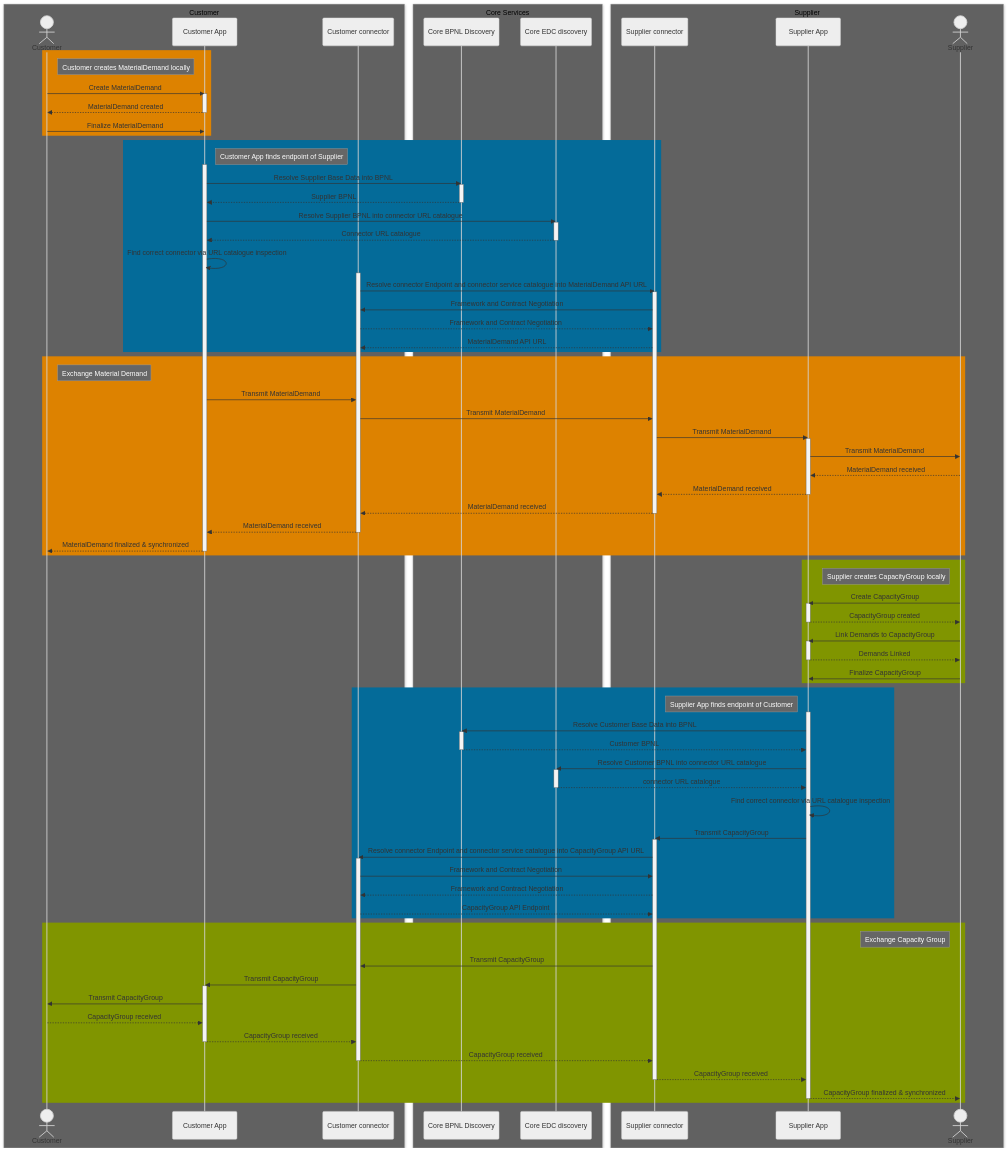
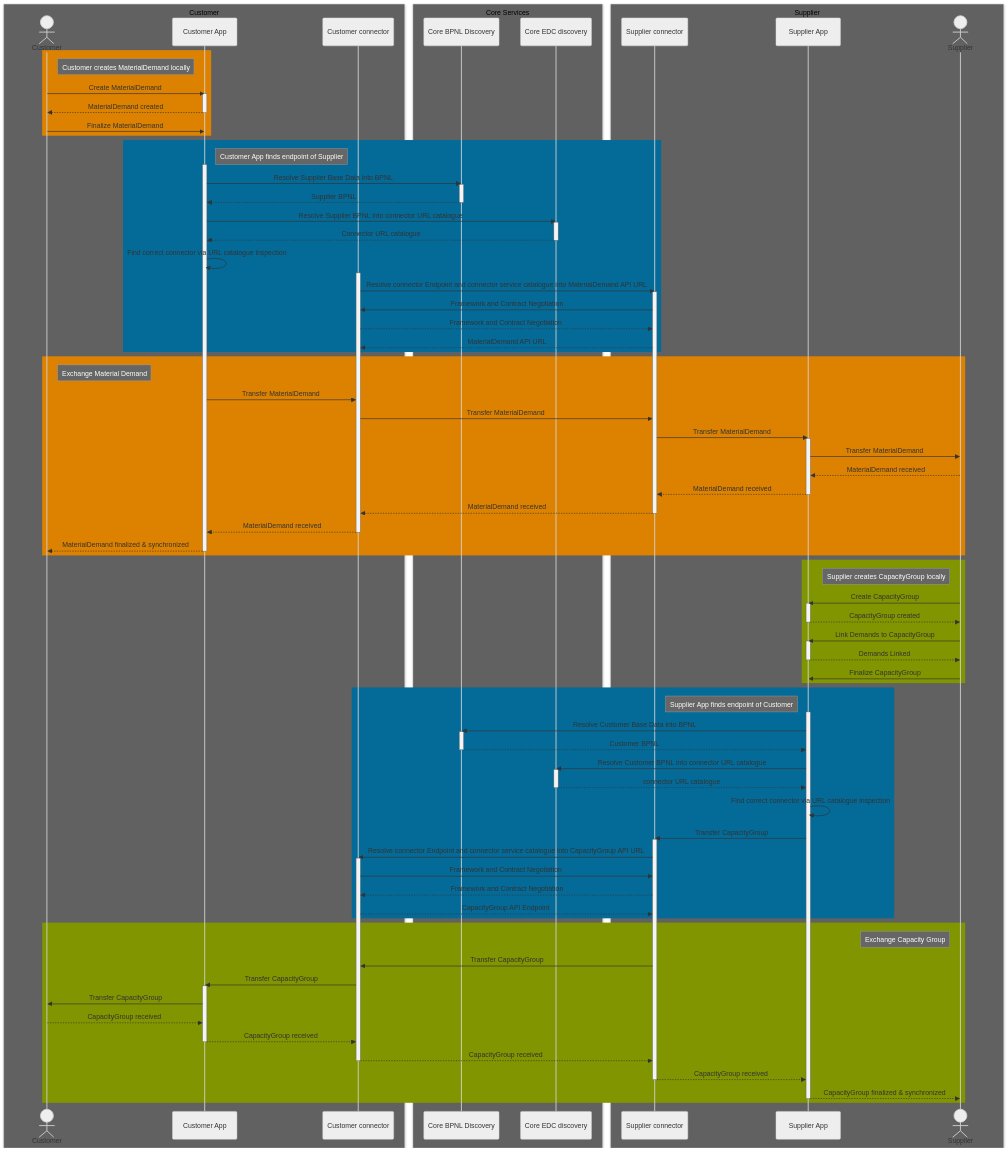
Before and after one commit to eclipse-tractusx/eclipse-tractusx.github.io: the diagram in docs-kits/kits/Demand and Capacity Management Kit/architecture-view/overview.md, drawn with Mermaid (neutral theme). The commit also changed 3 other files, not shown here.

Commit message:
Wording fix: transmit --> transfer

```diff
--- a/docs-kits/kits/Demand and Capacity Management Kit/architecture-view/overview.md
+++ b/docs-kits/kits/Demand and Capacity Management Kit/architecture-view/overview.md
@@ -112,11 +112,11 @@
     end
     rect rgb(221,130,0)
         note right of Customer: Exchange Material Demand
-        CustomerApp ->> CustomerConnector: Transmit MaterialDemand
-        CustomerConnector ->> SupplierConnector: Transmit MaterialDemand
-        SupplierConnector ->> SupplierApp: Transmit MaterialDemand
+        CustomerApp ->> CustomerConnector: Transfer MaterialDemand
+        CustomerConnector ->> SupplierConnector: Transfer MaterialDemand
+        SupplierConnector ->> SupplierApp: Transfer MaterialDemand
         activate SupplierApp
-        SupplierApp ->> Supplier: Transmit MaterialDemand
+        SupplierApp ->> Supplier: Transfer MaterialDemand
         Supplier -->> SupplierApp: MaterialDemand received
         SupplierApp -->> SupplierConnector: MaterialDemand received
         deactivate SupplierApp
@@ -151,7 +151,7 @@
         CoreEdcDiscovery -->> SupplierApp: connector URL catalogue
         deactivate CoreEdcDiscovery
         SupplierApp ->> SupplierApp: Find correct connector via URL catalogue inspection
-        SupplierApp ->> SupplierConnector: Transmit CapacityGroup
+        SupplierApp ->> SupplierConnector: Transfer CapacityGroup
         activate SupplierConnector
         SupplierConnector ->> CustomerConnector: Resolve connector Endpoint and connector service catalogue into CapacityGroup API URL
         activate CustomerConnector
@@ -161,10 +161,10 @@
     end 
     rect rgb(128,149,0)
         note left of Supplier: Exchange Capacity Group
-        SupplierConnector ->> CustomerConnector: Transmit CapacityGroup
-        CustomerConnector ->> CustomerApp: Transmit CapacityGroup
+        SupplierConnector ->> CustomerConnector: Transfer CapacityGroup
+        CustomerConnector ->> CustomerApp: Transfer CapacityGroup
         activate CustomerApp
-        CustomerApp ->> Customer: Transmit CapacityGroup
+        CustomerApp ->> Customer: Transfer CapacityGroup
         Customer -->> CustomerApp: CapacityGroup received
         CustomerApp -->> CustomerConnector: CapacityGroup received
         deactivate CustomerApp
```
